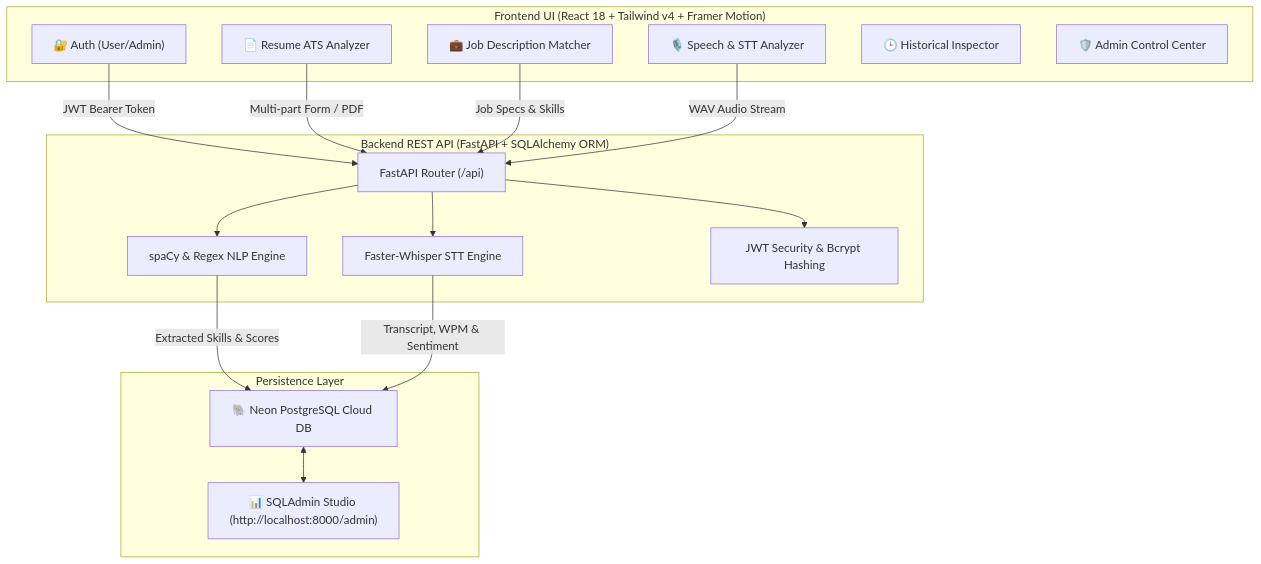
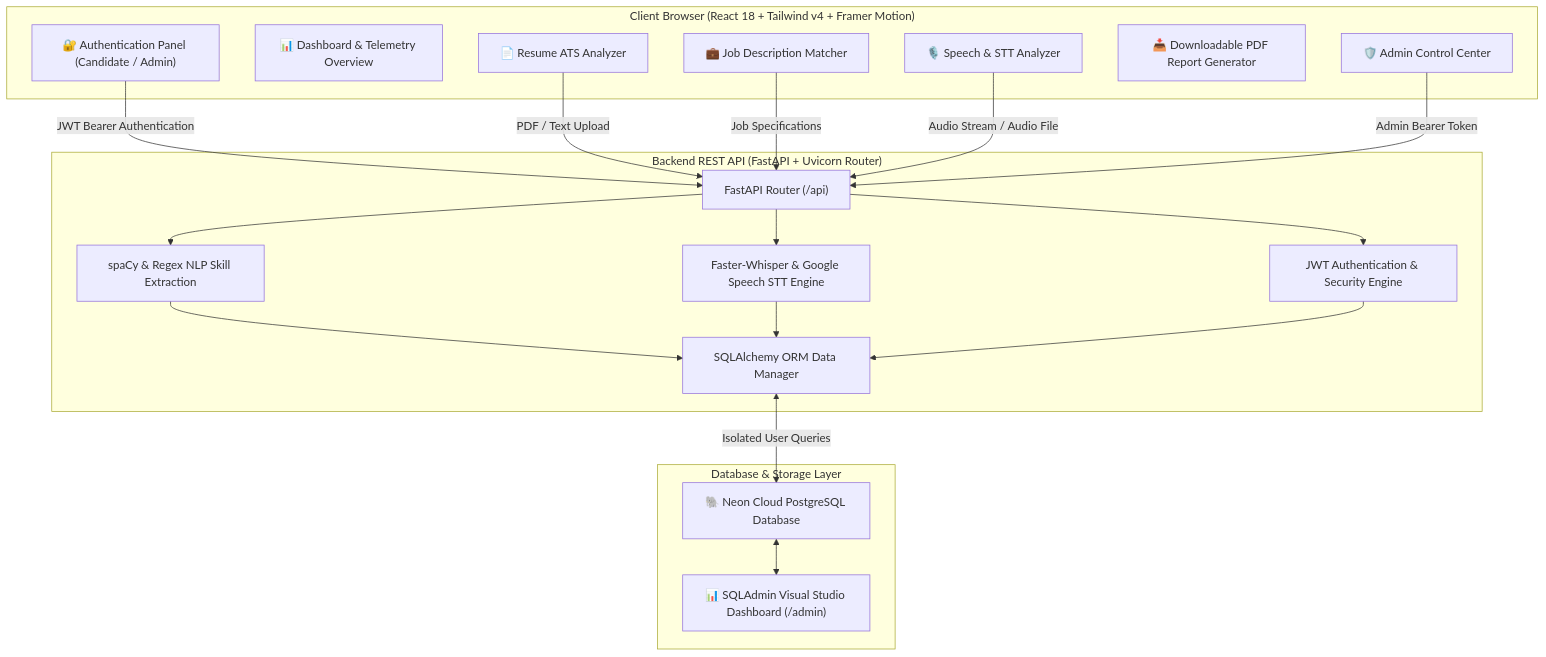
The diagram in README.md (chiragroshan18/hiresenseai), drawn with Mermaid before and after one commit. The commit also changed other lines of this file, not shown here.

Commit message:
Update README.md with live deployment link, Mermaid system architecture, and per-user data isolation fixes

````diff
--- a/README.md
+++ b/README.md
@@ -21,36 +41,42 @@
 ```mermaid
 graph TD
-    subgraph Frontend ["Frontend UI (React 18 + Tailwind v4 + Framer Motion)"]
-        UI_AUTH["🔐 Auth (User/Admin)"]
+    subgraph Client ["Client Browser (React 18 + Tailwind v4 + Framer Motion)"]
+        UI_AUTH["🔐 Authentication Panel (Candidate / Admin)"]
+        UI_DASH["📊 Dashboard & Telemetry Overview"]
         UI_RESUME["📄 Resume ATS Analyzer"]
         UI_JOB["💼 Job Description Matcher"]
         UI_SPEECH["🎙️ Speech & STT Analyzer"]
-        UI_HIST["🕒 Historical Inspector"]
+        UI_REPORT["📥 Downloadable PDF Report Generator"]
         UI_ADMIN["🛡️ Admin Control Center"]
     end
 
-    subgraph Backend ["Backend REST API (FastAPI + SQLAlchemy ORM)"]
-        API_ROUTER["FastAPI Router (/api)"]
-        NLP["spaCy & Regex NLP Engine"]
-        STT["Faster-Whisper STT Engine"]
-        AUTH_SEC["JWT Security & Bcrypt Hashing"]
+    subgraph Backend ["Backend REST API (FastAPI + Uvicorn Router)"]
+        API_GATEWAY["FastAPI Router (/api)"]
+        AUTH_SERVICE["JWT Authentication & Security Engine"]
+        NLP_ENGINE["spaCy & Regex NLP Skill Extraction"]
+        STT_ENGINE["Faster-Whisper & Google Speech STT Engine"]
+        ORM["SQLAlchemy ORM Data Manager"]
     end
 
-    subgraph Database ["Persistence Layer"]
-        NEON["🐘 Neon PostgreSQL Cloud DB"]
-        SQLADMIN["📊 SQLAdmin Studio (http://localhost:8000/admin)"]
+    subgraph Persistence ["Database & Storage Layer"]
+        POSTGRES["🐘 Neon Cloud PostgreSQL Database"]
+        SQLADMIN["📊 SQLAdmin Visual Studio Dashboard (/admin)"]
     end
 
-    UI_AUTH -->|JWT Bearer Token| API_ROUTER
-    UI_RESUME -->|Multi-part Form / PDF| API_ROUTER
-    UI_JOB -->|Job Specs & Skills| API_ROUTER
-    UI_SPEECH -->|WAV Audio Stream| API_ROUTER
+    UI_AUTH -->|JWT Bearer Authentication| API_GATEWAY
+    UI_RESUME -->|PDF / Text Upload| API_GATEWAY
+    UI_JOB -->|Job Specifications| API_GATEWAY
+    UI_SPEECH -->|Audio Stream / Audio File| API_GATEWAY
+    UI_ADMIN -->|Admin Bearer Token| API_GATEWAY
 
-    API_ROUTER --> AUTH_SEC
-    API_ROUTER --> NLP
-    API_ROUTER --> STT
+    API_GATEWAY --> AUTH_SERVICE
+    API_GATEWAY --> NLP_ENGINE
+    API_GATEWAY --> STT_ENGINE
 
-    NLP -->|Extracted Skills & Scores| NEON
-    STT -->|Transcript, WPM & Sentiment| NEON
-    NEON <--> SQLADMIN
+    NLP_ENGINE --> ORM
+    STT_ENGINE --> ORM
+    AUTH_SERVICE --> ORM
+
+    ORM <-->|Isolated User Queries| POSTGRES
+    POSTGRES <--> SQLADMIN
 ```
````
